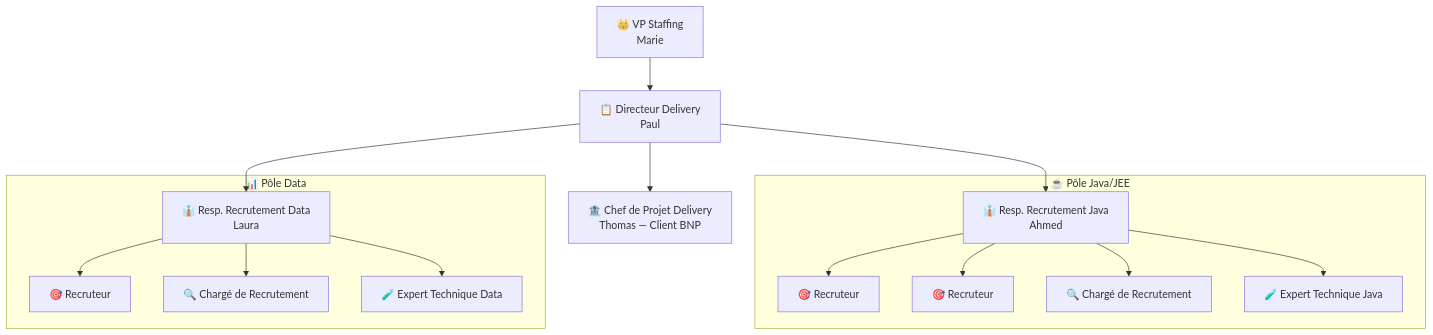
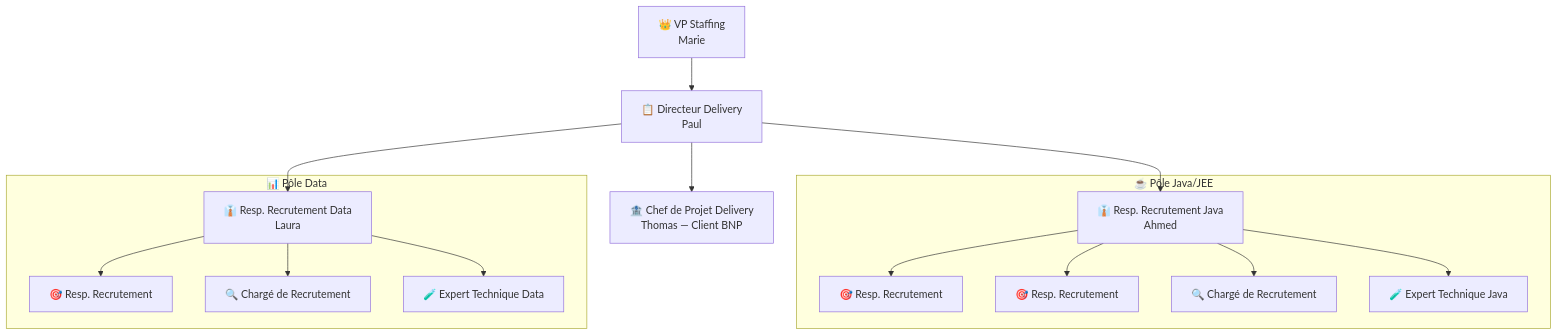
One commit to MisterRaymond/staffing-ai-architecture changed the first of 4 diagrams in docs/diagrams/flows/staffing-teams.md. Above: the diagram before and after it, drawn with Mermaid. The commit also changed other lines of this file and 6 other files, not shown here.

First line of the commit message:
feat: Recruteur → Resp. Recrutement + validation CVs par le Lead du pôle

````diff
--- a/docs/diagrams/flows/staffing-teams.md
+++ b/docs/diagrams/flows/staffing-teams.md
@@ -5,23 +5,23 @@
 ```mermaid
 graph TB
     VP["👑 VP Staffing<br/>Marie"]
 
     VP --> DIR["📋 Directeur Delivery<br/>Paul"]
 
     DIR --> DM_BNP["🏦 Chef de Projet Delivery<br/>Thomas — Client BNP"]
     DIR --> RL_JAVA["👔 Resp. Recrutement Java<br/>Ahmed"]
     DIR --> RL_DATA["👔 Resp. Recrutement Data<br/>Laura"]
 
     subgraph POLE_JAVA["☕ Pôle Java/JEE"]
-        RL_JAVA --> RJ1["🎯 Recruteur"]
-        RL_JAVA --> RJ2["🎯 Recruteur"]
+        RL_JAVA --> RJ1["🎯 Resp. Recrutement"]
+        RL_JAVA --> RJ2["🎯 Resp. Recrutement"]
         RL_JAVA --> CRJ["🔍 Chargé de Recrutement"]
         RL_JAVA --> ETJ["🧪 Expert Technique Java"]
     end
 
     subgraph POLE_DATA["📊 Pôle Data"]
-        RL_DATA --> RD1["🎯 Recruteur"]
+        RL_DATA --> RD1["🎯 Resp. Recrutement"]
         RL_DATA --> CRD["🔍 Chargé de Recrutement"]
         RL_DATA --> ETD["🧪 Expert Technique Data"]
     end
 ```
````
